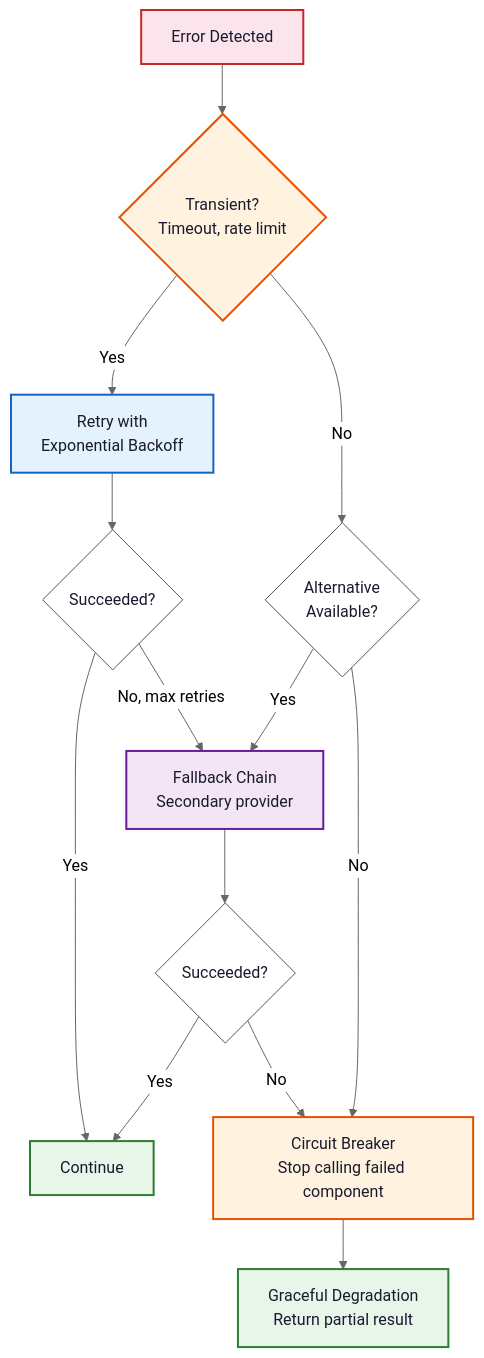
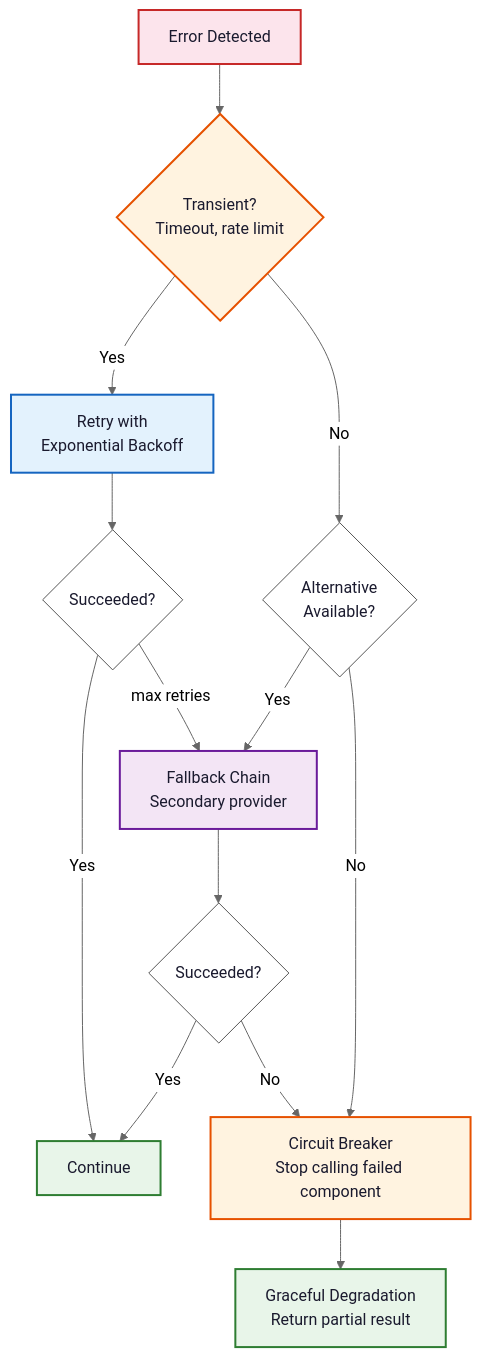
One commit to ApartsinProjects/LLMBook changed the diagram in part-6-agentic-ai/module-24-agent-safety-production/images/fig-24.4.2-error-recovery-decision.mmd. Above: the diagram before and after it, drawn with Mermaid (neutral theme). The commit also changed 5 other files, not shown here.

```diff
--- a/part-6-agentic-ai/module-24-agent-safety-production/images/fig-24.4.2-error-recovery-decision.mmd
+++ b/part-6-agentic-ai/module-24-agent-safety-production/images/fig-24.4.2-error-recovery-decision.mmd
@@ -1,32 +1,32 @@
 flowchart TB
     ERR["Error Detected"]
     TRANS{"Transient?\nTimeout, rate limit"}
 
     ERR --> TRANS
 
     TRANS -->|"Yes"| RETRY["Retry with\nExponential Backoff"]
     TRANS -->|"No"| PERM{"Alternative\nAvailable?"}
 
     RETRY --> SUCC1{"Succeeded?"}
     SUCC1 -->|"Yes"| DONE["Continue"]
-    SUCC1 -->|"No, max retries"| FALL
+    SUCC1 -->|"max retries"| FALL
 
     PERM -->|"Yes"| FALL["Fallback Chain\nSecondary provider"]
     PERM -->|"No"| CB["Circuit Breaker\nStop calling failed component"]
 
     FALL --> SUCC2{"Succeeded?"}
     SUCC2 -->|"Yes"| DONE
     SUCC2 -->|"No"| CB
 
     CB --> GRACE["Graceful Degradation\nReturn partial result"]
 
     style ERR fill:#fce4ec,stroke:#c62828,stroke-width:2px,color:#1a1a2e
     style TRANS fill:#fff3e0,stroke:#e65100,stroke-width:2px,color:#1a1a2e
     style RETRY fill:#e3f2fd,stroke:#1565c0,stroke-width:2px,color:#1a1a2e
     style FALL fill:#f3e5f5,stroke:#6a1b9a,stroke-width:2px,color:#1a1a2e
     style CB fill:#fff3e0,stroke:#e65100,stroke-width:2px,color:#1a1a2e
     style GRACE fill:#e8f5e9,stroke:#2e7d32,stroke-width:2px,color:#1a1a2e
     style DONE fill:#e8f5e9,stroke:#2e7d32,stroke-width:2px,color:#1a1a2e
     style SUCC1 fill:#fff,stroke:#555,stroke-width:1px,color:#1a1a2e
     style SUCC2 fill:#fff,stroke:#555,stroke-width:1px,color:#1a1a2e
     style PERM fill:#fff,stroke:#555,stroke-width:1px,color:#1a1a2e
```
